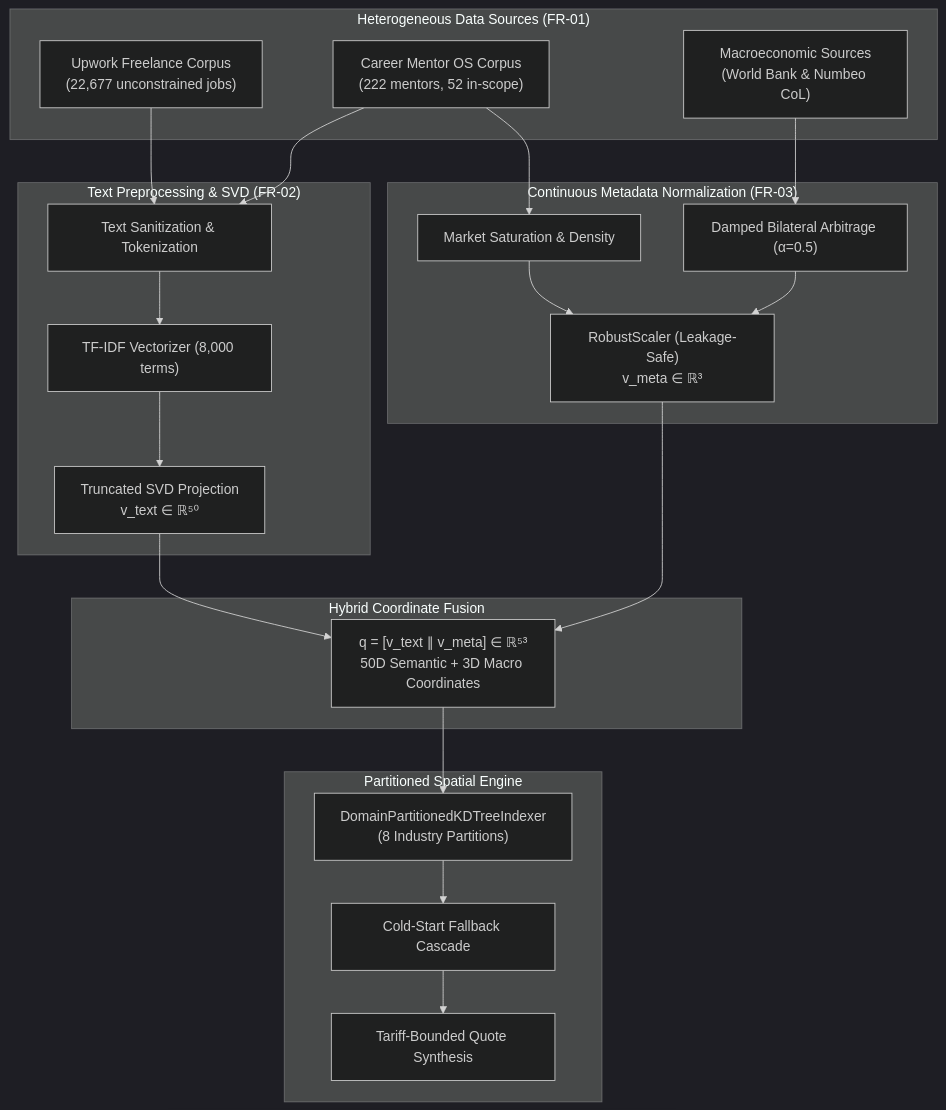
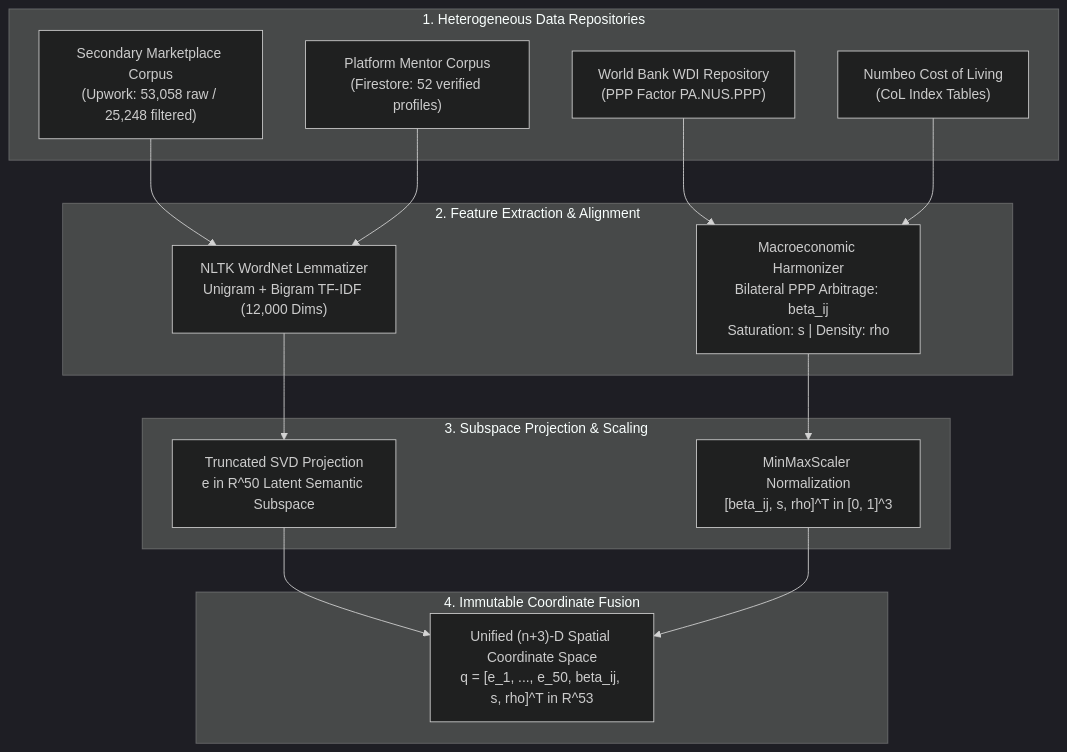
Before and after one commit to tyejaedon/Price-Optimization-Model: the second of 10 diagrams in docs/Chapter_5.md, drawn with Mermaid (dark theme). The commit also changed other lines of this file and 24 other files, not shown here.

First line of the commit message:
docs(thesis): curate empirical diagrams, Chapter 5 synthesis, and governance skills (#201)

````diff
--- a/docs/Chapter_5.md
+++ b/docs/Chapter_5.md
@@ -38,42 +172,32 @@
 ```mermaid
 flowchart TD
-    subgraph Data_Sources ["Heterogeneous Data Sources (FR-01)"]
-        D1["Upwork Freelance Corpus<br/>(22,677 unconstrained jobs)"]
-        D2["Career Mentor OS Corpus<br/>(222 mentors, 52 in-scope)"]
-        D3["Macroeconomic Sources<br/>(World Bank & Numbeo CoL)"]
+    subgraph S1["1. Heterogeneous Data Repositories"]
+        UP["Secondary Marketplace Corpus\n(Upwork: 53,058 raw / 25,248 filtered)"]
+        FM["Platform Mentor Corpus\n(Firestore: 52 verified profiles)"]
+        WB["World Bank WDI Repository\n(PPP Factor PA.NUS.PPP)"]
+        NB["Numbeo Cost of Living\n(CoL Index Tables)"]
     end
 
-    subgraph Text_Pipeline ["Text Preprocessing & SVD (FR-02)"]
-        T1["Text Sanitization & Tokenization"]
-        T2["TF-IDF Vectorizer (8,000 terms)"]
-        T3["Truncated SVD Projection<br/>v_text ∈ ℝ⁵⁰"]
-        T1 --> T2 --> T3
+    subgraph S2["2. Feature Extraction & Alignment"]
+        LEX["NLTK WordNet Lemmatizer\nUnigram + Bigram TF-IDF (12,000 Dims)"]
+        MAC["Macroeconomic Harmonizer\nBilateral PPP Arbitrage: beta_ij\nSaturation: s | Density: rho"]
     end
 
-    subgraph Macro_Pipeline ["Continuous Metadata Normalization (FR-03)"]
-        M1["Damped Bilateral Arbitrage (α=0.5)"]
-        M2["Market Saturation & Density"]
-        M3["RobustScaler (Leakage-Safe)<br/>v_meta ∈ ℝ³"]
-        M1 --> M3
-        M2 --> M3
+    subgraph S3["3. Subspace Projection & Scaling"]
+        SVD["Truncated SVD Projection\ne in R^50 Latent Semantic Subspace"]
+        SCL["MinMaxScaler Normalization\n[beta_ij, s, rho]^T in [0, 1]^3"]
     end
 
-    subgraph Fusion ["Hybrid Coordinate Fusion"]
-        F1["q = [v_text ∥ v_meta] ∈ ℝ⁵³<br/>50D Semantic + 3D Macro Coordinates"]
+    subgraph S4["4. Immutable Coordinate Fusion"]
+        FUS["Unified (n+3)-D Spatial Coordinate Space\nq = [e_1, ..., e_50, beta_ij, s, rho]^T in R^53"]
     end
 
-    subgraph Output_Engine ["Partitioned Spatial Engine"]
-        E1["DomainPartitionedKDTreeIndexer<br/>(8 Industry Partitions)"]
-        E2["Cold-Start Fallback Cascade"]
-        E3["Tariff-Bounded Quote Synthesis"]
-        E1 --> E2 --> E3
-    end
-
-    D1 --> T1
-    D2 --> T1
-    D3 --> M1
-    D2 --> M2
-    T3 --> F1
-    M3 --> F1
-    F1 --> E1
+    UP --> LEX
+    FM --> LEX
+    WB --> MAC
+    NB --> MAC
+    LEX --> SVD
+    MAC --> SCL
+    SVD --> FUS
+    SCL --> FUS
 ```
````
